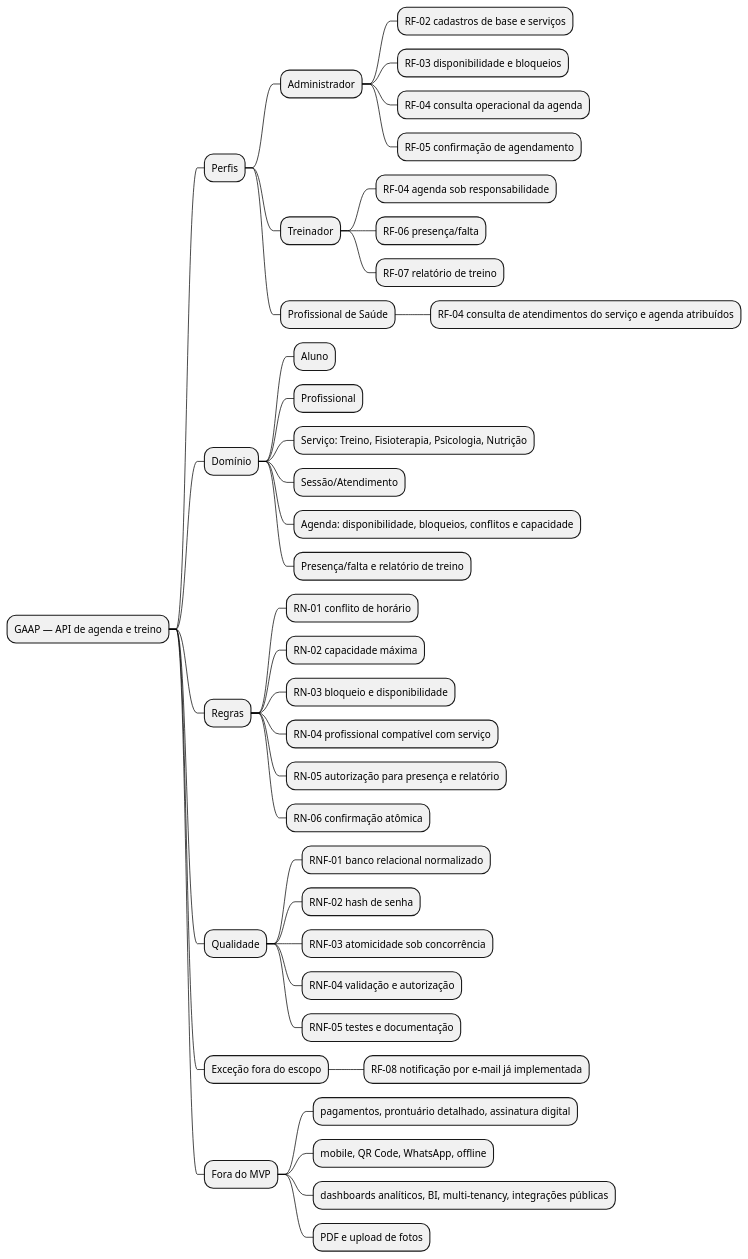
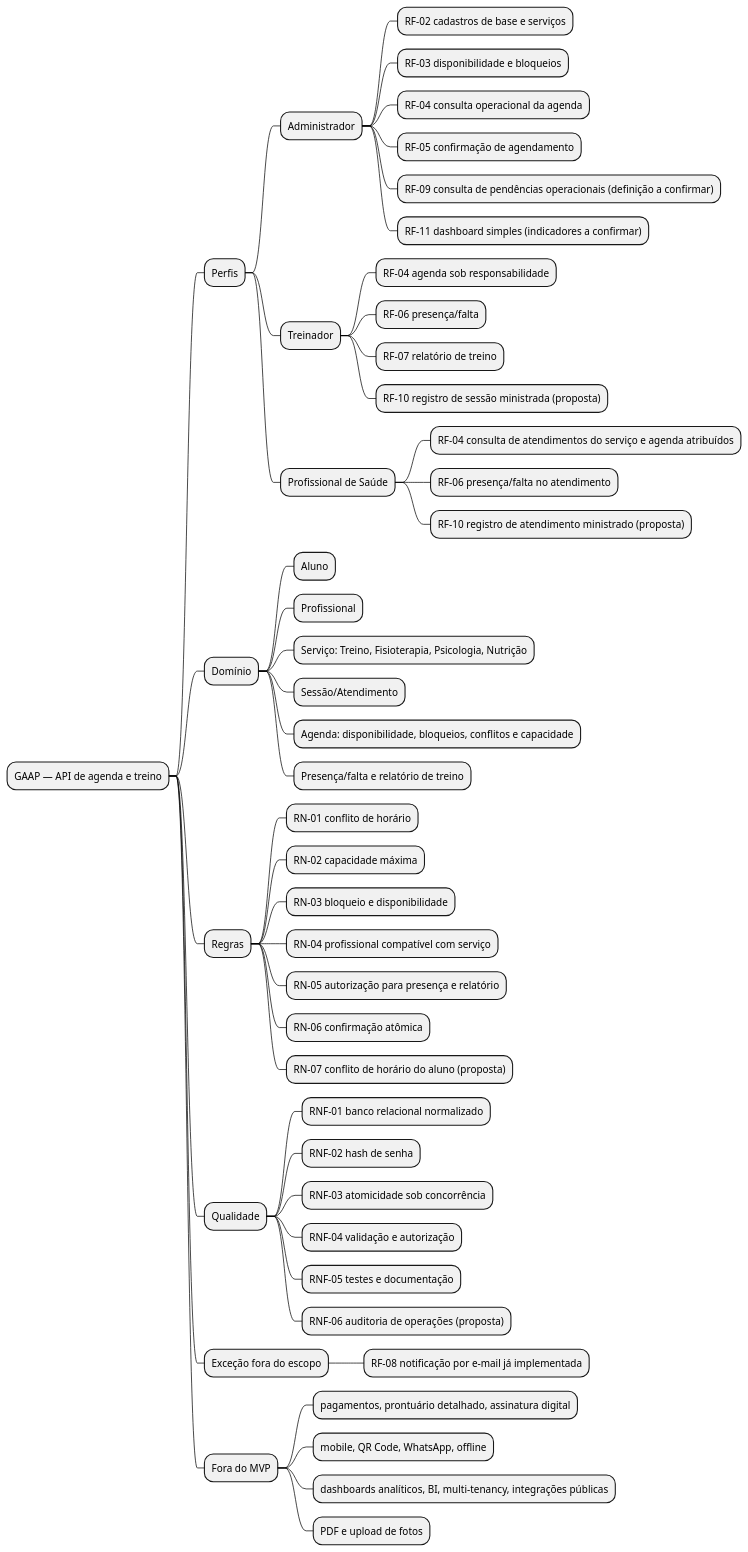
One commit to Projetos-de-Extensao/PECDII_26.2_8001_I changed the diagram in docs/Iniciacao/mapa_mental.md. Above: the diagram before and after it, drawn with PlantUML. The commit also changed 22 other files, not shown here.

````diff
--- a/docs/Iniciacao/mapa_mental.md
+++ b/docs/Iniciacao/mapa_mental.md
@@ -9,48 +9,55 @@
 ```plantuml
 @startmindmap gaap_mapa_mental
 skinparam monochrome true
 skinparam ArrowColor #000000
 skinparam NodeFontSize 14
 
 * GAAP — API de agenda e treino
 ** Perfis
 *** Administrador
 **** RF-02 cadastros de base e serviços
 **** RF-03 disponibilidade e bloqueios
 **** RF-04 consulta operacional da agenda
 **** RF-05 confirmação de agendamento
+**** RF-09 consulta de pendências operacionais (definição a confirmar)
+**** RF-11 dashboard simples (indicadores a confirmar)
 *** Treinador
 **** RF-04 agenda sob responsabilidade
 **** RF-06 presença/falta
 **** RF-07 relatório de treino
+**** RF-10 registro de sessão ministrada (proposta)
 *** Profissional de Saúde
 **** RF-04 consulta de atendimentos do serviço e agenda atribuídos
+**** RF-06 presença/falta no atendimento
+**** RF-10 registro de atendimento ministrado (proposta)
 ** Domínio
 *** Aluno
 *** Profissional
 *** Serviço: Treino, Fisioterapia, Psicologia, Nutrição
 *** Sessão/Atendimento
 *** Agenda: disponibilidade, bloqueios, conflitos e capacidade
 *** Presença/falta e relatório de treino
 ** Regras
 *** RN-01 conflito de horário
 *** RN-02 capacidade máxima
 *** RN-03 bloqueio e disponibilidade
 *** RN-04 profissional compatível com serviço
 *** RN-05 autorização para presença e relatório
 *** RN-06 confirmação atômica
+*** RN-07 conflito de horário do aluno (proposta)
 ** Qualidade
 *** RNF-01 banco relacional normalizado
 *** RNF-02 hash de senha
 *** RNF-03 atomicidade sob concorrência
 *** RNF-04 validação e autorização
 *** RNF-05 testes e documentação
+*** RNF-06 auditoria de operações (proposta)
 ** Exceção fora do escopo
 *** RF-08 notificação por e-mail já implementada
 ** Fora do MVP
 *** pagamentos, prontuário detalhado, assinatura digital
 *** mobile, QR Code, WhatsApp, offline
 *** dashboards analíticos, BI, multi-tenancy, integrações públicas
 *** PDF e upload de fotos
 @endmindmap
 ```
````
